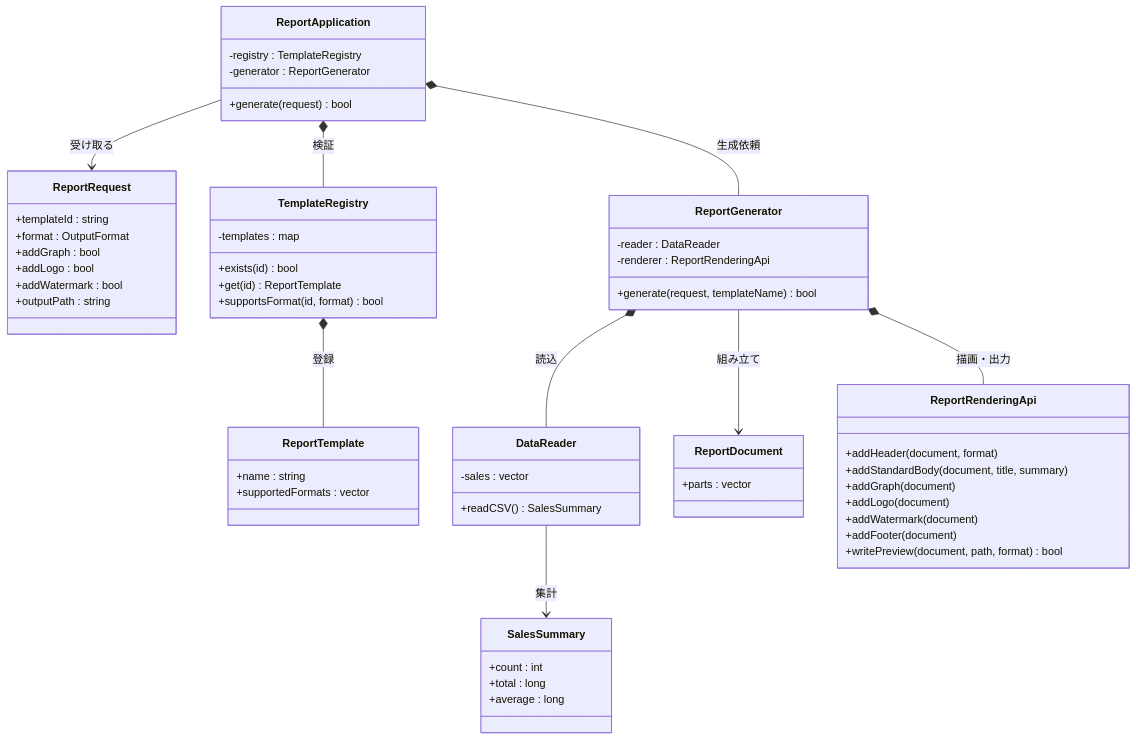
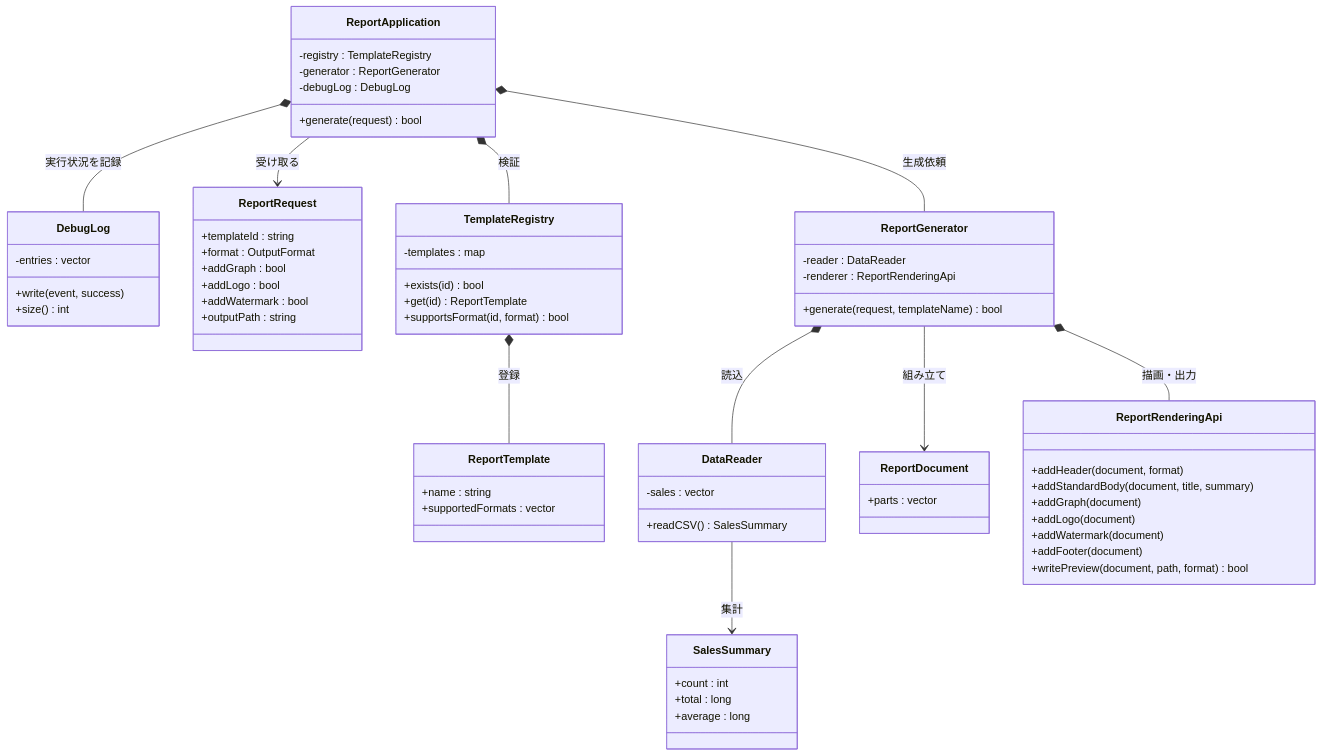
Before and after one commit to kumachan1101-pixel/DesignPattern: the third of 15 diagrams in kindle/design-patterns/output/chapter11.md, drawn with Mermaid. The commit also changed other lines of this file and 7 other files, not shown here.

````diff
--- a/kindle/design-patterns/output/chapter11.md
+++ b/kindle/design-patterns/output/chapter11.md
@@ -137,65 +146,72 @@
 ```mermaid
 classDiagram
     direction TB
     class ReportApplication {
         -registry : TemplateRegistry
         -generator : ReportGenerator
+        -debugLog : DebugLog
         +generate(request) bool
+    }
+    class DebugLog {
+        -entries : vector
+        +write(event, success)
+        +size() int
     }
     class ReportRequest {
         +templateId : string
         +format : OutputFormat
         +addGraph : bool
         +addLogo : bool
         +addWatermark : bool
         +outputPath : string
     }
     class TemplateRegistry {
         -templates : map
         +exists(id) bool
         +get(id) ReportTemplate
         +supportsFormat(id, format) bool
     }
     class ReportTemplate {
         +name : string
         +supportedFormats : vector
     }
     class ReportGenerator {
         -reader : DataReader
         -renderer : ReportRenderingApi
         +generate(request, templateName) bool
     }
     class DataReader {
         -sales : vector
         +readCSV() SalesSummary
     }
     class SalesSummary {
         +count : int
         +total : long
         +average : long
     }
     class ReportDocument {
         +parts : vector
     }
     class ReportRenderingApi {
         +addHeader(document, format)
         +addStandardBody(document, title, summary)
         +addGraph(document)
         +addLogo(document)
         +addWatermark(document)
         +addFooter(document)
         +writePreview(document, path, format) bool
     }
 
     ReportApplication --> ReportRequest : 受け取る
     ReportApplication *-- TemplateRegistry : 検証
     TemplateRegistry *-- ReportTemplate : 登録
     ReportApplication *-- ReportGenerator : 生成依頼
+    ReportApplication *-- DebugLog : 実行状況を記録
     ReportGenerator *-- DataReader : 読込
     DataReader --> SalesSummary : 集計
     ReportGenerator --> ReportDocument : 組み立て
     ReportGenerator *-- ReportRenderingApi : 描画・出力
 
     classDef focus fill:#FFF2CC,stroke:#D6B656,stroke-width:2px,color:#222
     cssClass "ReportGenerator" focus
 ```
````
